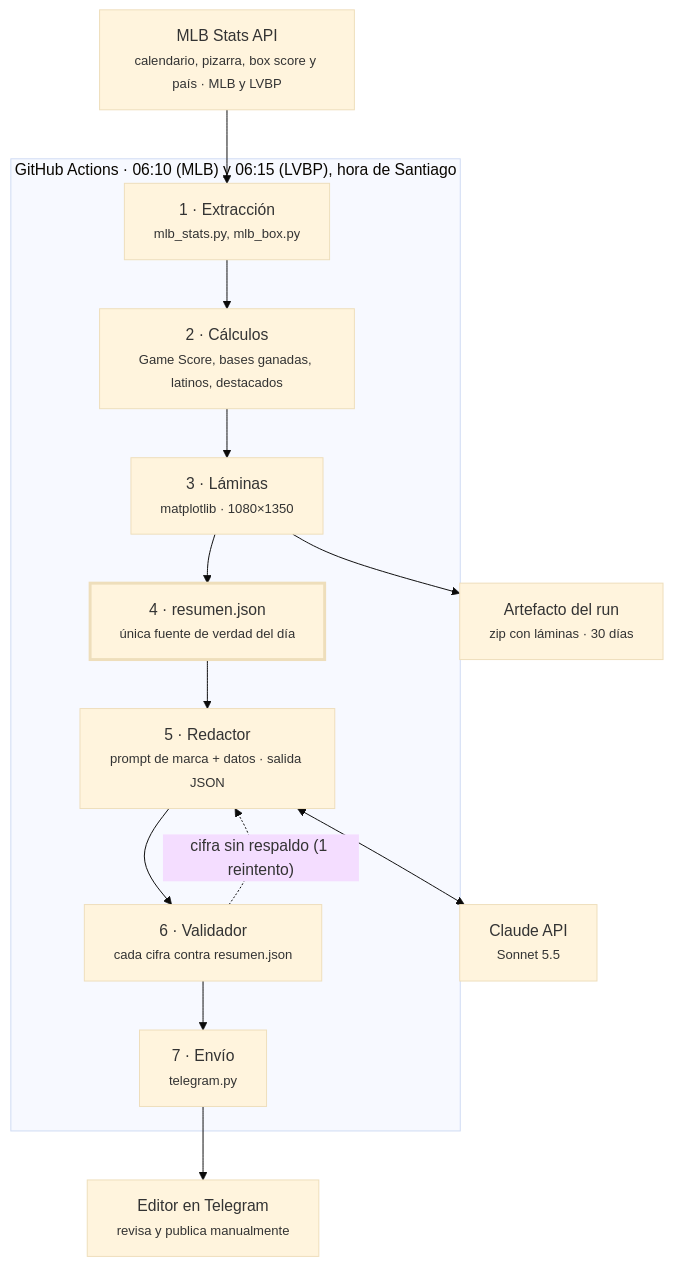
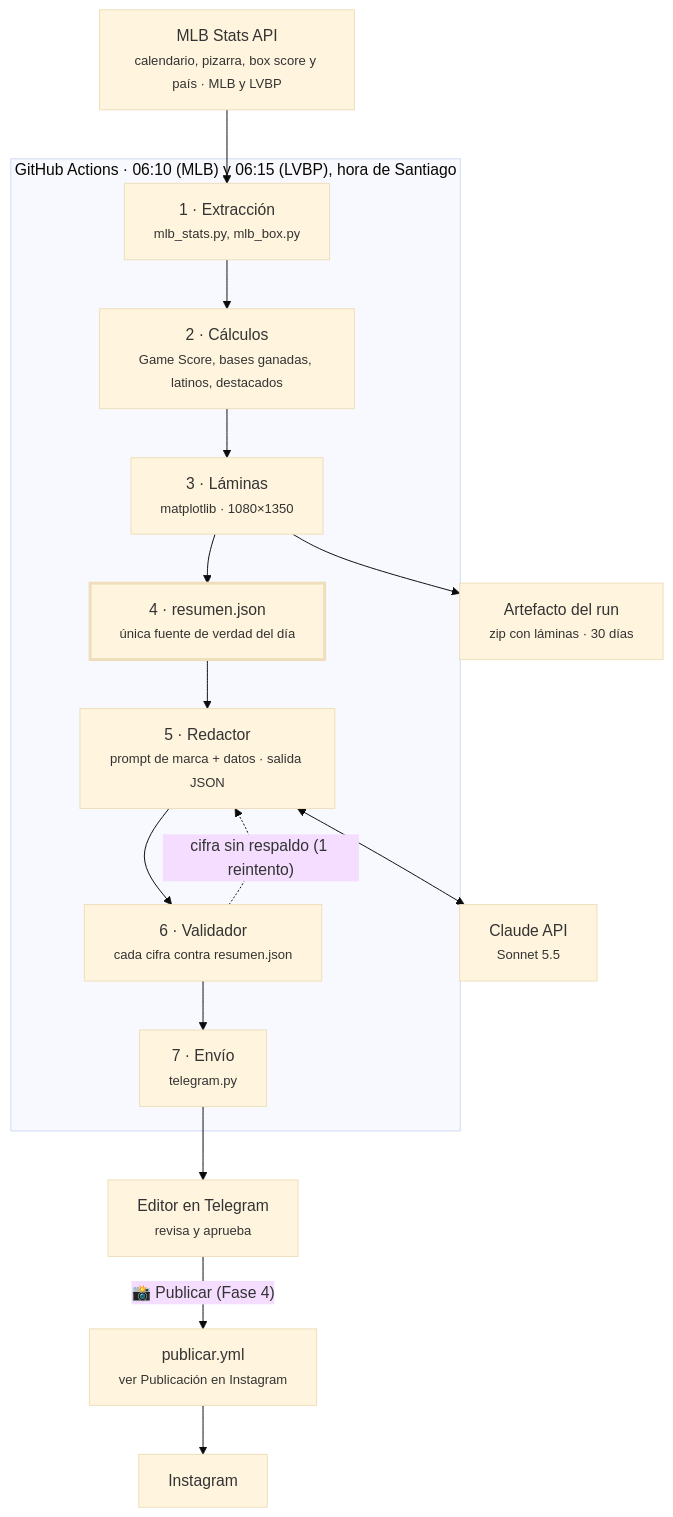
The diagram in docs/wiki/Arquitectura-del-agente-de-resultados.md (nolotov/beisbol-para-todos), drawn with Mermaid (base theme) before and after one commit. The commit also changed other lines of this file and 20 other files, not shown here.

First line of the commit message:
feat(publicar): botón de Telegram que publica en Instagram (fase 4)

````diff
--- a/docs/wiki/Arquitectura-del-agente-de-resultados.md
+++ b/docs/wiki/Arquitectura-del-agente-de-resultados.md
@@ -29,20 +29,22 @@
 ```mermaid
 flowchart TD
     API["MLB Stats API<br/><small>calendario, pizarra, box score y país · MLB y LVBP</small>"]
     subgraph GHA["GitHub Actions · 06:10 (MLB) y 06:15 (LVBP), hora de Santiago"]
         S1["1 · Extracción<br/><small>mlb_stats.py, mlb_box.py</small>"]
         S2["2 · Cálculos<br/><small>Game Score, bases ganadas, latinos, destacados</small>"]
         S3["3 · Láminas<br/><small>matplotlib · 1080×1350</small>"]
         S4["4 · resumen.json<br/><small>única fuente de verdad del día</small>"]
         S5["5 · Redactor<br/><small>prompt de marca + datos · salida JSON</small>"]
         S6["6 · Validador<br/><small>cada cifra contra resumen.json</small>"]
         S7["7 · Envío<br/><small>telegram.py</small>"]
         S1 --> S2 --> S3 --> S4 --> S5 --> S6 --> S7
         S6 -. "cifra sin respaldo (1 reintento)" .-> S5
     end
     API --> S1
     S3 --> ART["Artefacto del run<br/><small>zip con láminas · 30 días</small>"]
     S5 <--> CL["Claude API<br/><small>Sonnet 5.5</small>"]
-    S7 --> ED["Editor en Telegram<br/><small>revisa y publica manualmente</small>"]
+    S7 --> ED["Editor en Telegram<br/><small>revisa y aprueba</small>"]
+    ED -- "📸 Publicar (Fase 4)" --> PUB["publicar.yml<br/><small>ver Publicación en Instagram</small>"]
+    PUB --> IG["Instagram"]
     style S4 stroke-width:3px
 ```
````
